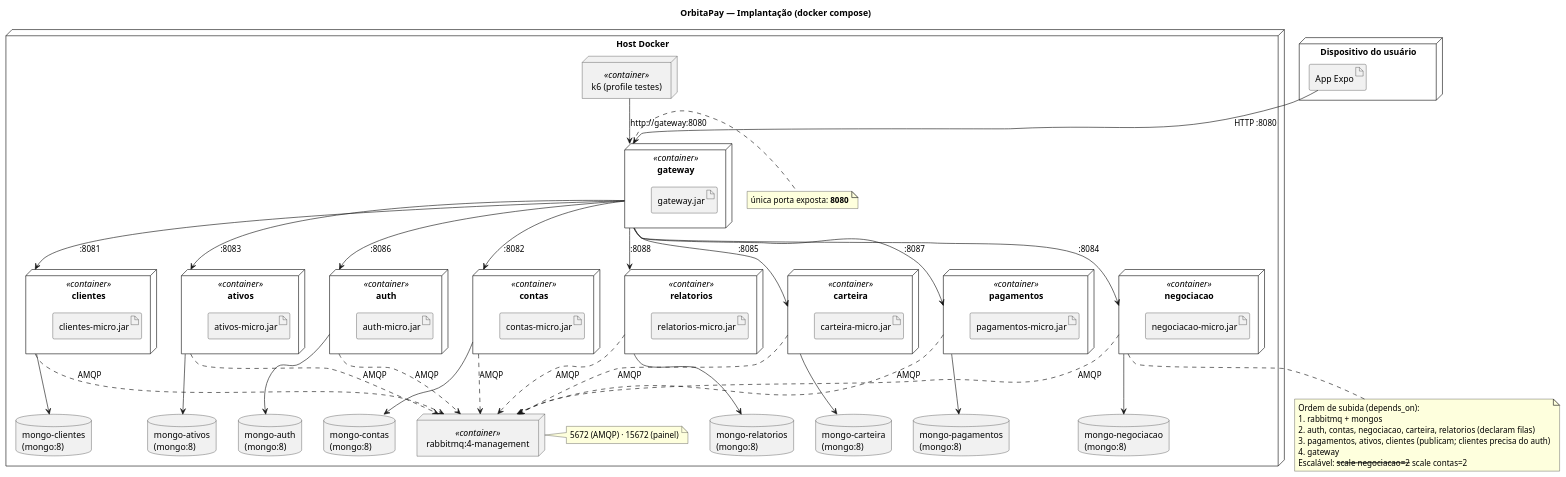
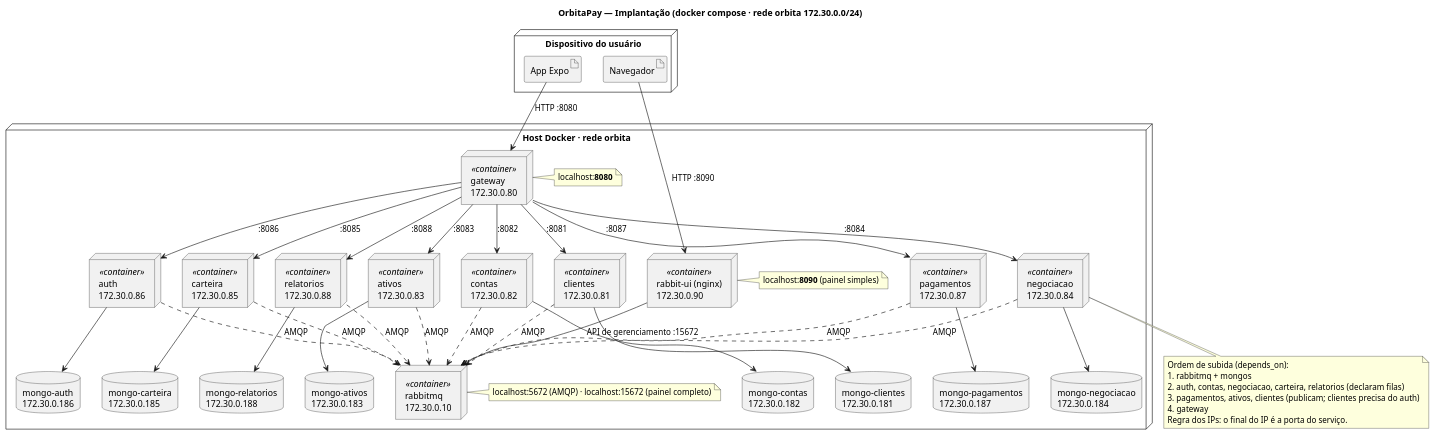
Before and after one commit to Endrigogustavo/OrbitaPay: the diagram in docs/plantuml/03-implantacao.puml, drawn with PlantUML. The commit also changed 97 other files, not shown here.

First line of the commit message:
refactor: apply SOLID, add RabbitMQ panel, fixed IPs and communication docs

```diff
--- a/docs/plantuml/03-implantacao.puml
+++ b/docs/plantuml/03-implantacao.puml
@@ -1,94 +1,79 @@
 @startuml 03-implantacao
-title OrbitaPay — Implantação (docker compose)
+title OrbitaPay — Implantação (docker compose · rede orbita 172.30.0.0/24)
 
 skinparam shadowing false
 skinparam defaultFontName "Segoe UI"
 
 node "Dispositivo do usuário" {
   artifact "App Expo" as app
+  artifact "Navegador" as nav
 }
 
-node "Host Docker" {
-  node "gateway" as gw <<container>> {
-    artifact "gateway.jar"
-  }
-  note right of gw : única porta exposta: **8080**
+node "Host Docker · rede orbita" {
+  node "gateway\n172.30.0.80" as gw <<container>>
+  note right of gw : localhost:**8080**
 
-  node "rabbitmq:4-management" as mq <<container>>
-  note right of mq : 5672 (AMQP) · 15672 (painel)
+  node "rabbitmq\n172.30.0.10" as mq <<container>>
+  note right of mq : localhost:5672 (AMQP) · localhost:15672 (painel completo)
 
-  node "auth" as aut <<container>> {
-    artifact "auth-micro.jar"
-  }
-  node "clientes" as cli <<container>> {
-    artifact "clientes-micro.jar"
-  }
-  node "contas" as con <<container>> {
-    artifact "contas-micro.jar"
-  }
-  node "ativos" as atv <<container>> {
-    artifact "ativos-micro.jar"
-  }
-  node "negociacao" as neg <<container>> {
-    artifact "negociacao-micro.jar"
-  }
-  node "carteira" as car <<container>> {
-    artifact "carteira-micro.jar"
-  }
-  node "pagamentos" as pag <<container>> {
-    artifact "pagamentos-micro.jar"
-  }
-  node "relatorios" as rel <<container>> {
-    artifact "relatorios-micro.jar"
-  }
+  node "rabbit-ui (nginx)\n172.30.0.90" as ui <<container>>
+  note right of ui : localhost:**8090** (painel simples)
 
-  database "mongo-auth\n(mongo:8)" as m0
-  database "mongo-clientes\n(mongo:8)" as m1
-  database "mongo-contas\n(mongo:8)" as m2
-  database "mongo-ativos\n(mongo:8)" as m3
-  database "mongo-negociacao\n(mongo:8)" as m4
-  database "mongo-carteira\n(mongo:8)" as m5
-  database "mongo-pagamentos\n(mongo:8)" as m6
-  database "mongo-relatorios\n(mongo:8)" as m7
+  node "auth\n172.30.0.86" as aut <<container>>
+  node "clientes\n172.30.0.81" as cli <<container>>
+  node "contas\n172.30.0.82" as con <<container>>
+  node "ativos\n172.30.0.83" as atv <<container>>
+  node "negociacao\n172.30.0.84" as neg <<container>>
+  node "carteira\n172.30.0.85" as car <<container>>
+  node "pagamentos\n172.30.0.87" as pag <<container>>
+  node "relatorios\n172.30.0.88" as rel <<container>>
 
-  node "k6 (profile testes)" as k6 <<container>>
+  database "mongo-auth\n172.30.0.186" as m0
+  database "mongo-clientes\n172.30.0.181" as m1
+  database "mongo-contas\n172.30.0.182" as m2
+  database "mongo-ativos\n172.30.0.183" as m3
+  database "mongo-negociacao\n172.30.0.184" as m4
+  database "mongo-carteira\n172.30.0.185" as m5
+  database "mongo-pagamentos\n172.30.0.187" as m6
+  database "mongo-relatorios\n172.30.0.188" as m7
 }
 
 app --> gw : HTTP :8080
-k6 --> gw : http://gateway:8080
+nav --> ui : HTTP :8090
+ui --> mq : API de gerenciamento :15672
 gw --> aut : :8086
 gw --> cli : :8081
 gw --> con : :8082
 gw --> atv : :8083
 gw --> neg : :8084
 gw --> car : :8085
 gw --> pag : :8087
 gw --> rel : :8088
 
 aut --> m0
 cli --> m1
 con --> m2
 atv --> m3
 neg --> m4
 car --> m5
 pag --> m6
 rel --> m7
 
 aut ..> mq : AMQP
 cli ..> mq : AMQP
 con ..> mq : AMQP
 atv ..> mq : AMQP
 neg ..> mq : AMQP
 car ..> mq : AMQP
 pag ..> mq : AMQP
 rel ..> mq : AMQP
 
 note bottom of neg
   Ordem de subida (depends_on):
   1. rabbitmq + mongos
   2. auth, contas, negociacao, carteira, relatorios (declaram filas)
   3. pagamentos, ativos, clientes (publicam; clientes precisa do auth)
   4. gateway
-  Escalável: --scale negociacao=2 --scale contas=2
+  Regra dos IPs: o final do IP é a porta do serviço.
 end note
 @enduml
```
